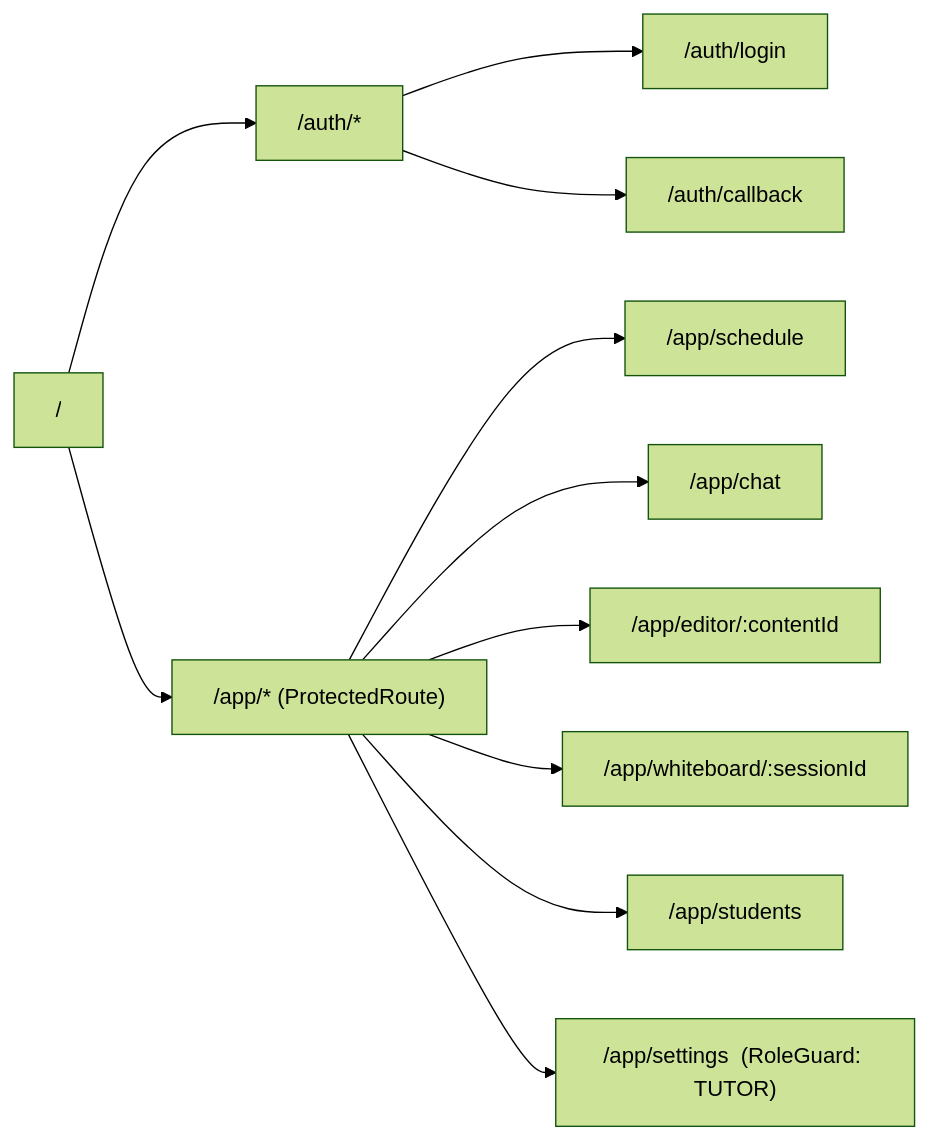
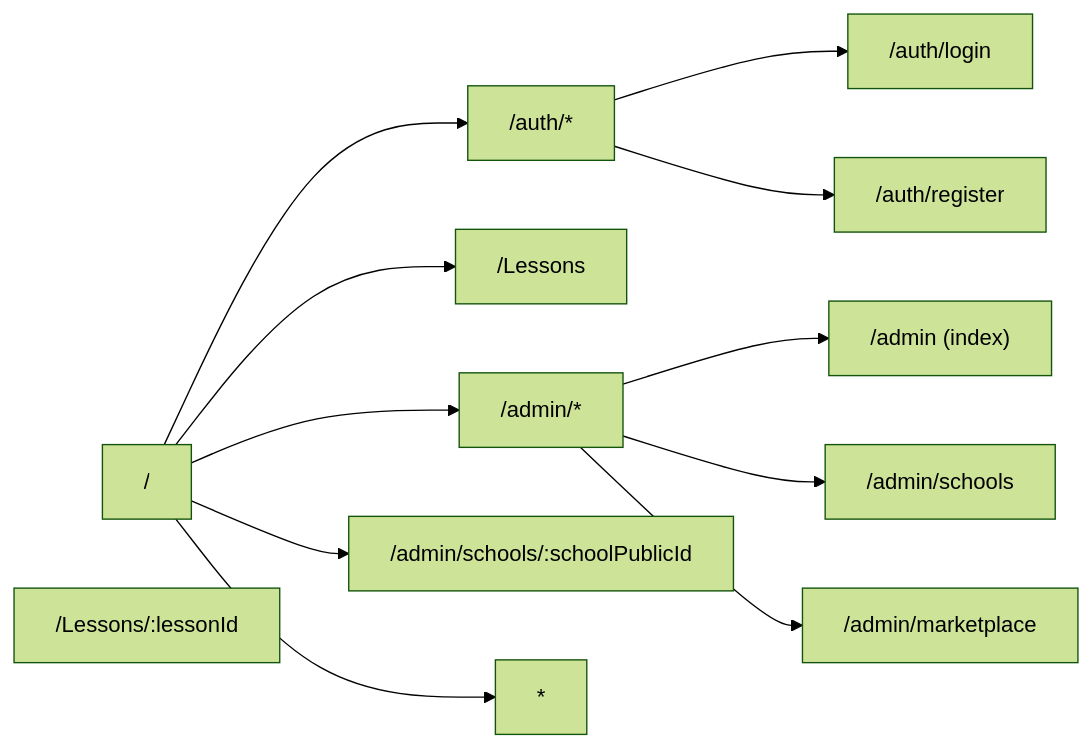
One commit to LearnForgeDev/Frontend changed the sixth of 7 diagrams in ARCHITECTURE.md. Above: the diagram before and after it, drawn with Mermaid (forest theme). The commit also changed other lines of this file and 1 other file, not shown here.

Commit message:
docs: update architecture documentation and tech stack versions

````diff
--- a/ARCHITECTURE.md
+++ b/ARCHITECTURE.md
@@ -434,25 +443,26 @@
 ```mermaid
 graph LR
     Root["/"]
     Auth["/auth/*"]
     Login["/auth/login"]
-    Callback["/auth/callback"]
-    App["/app/*  (ProtectedRoute)"]
-    Schedule["/app/schedule"]
-    Chat["/app/chat"]
-    Editor["/app/editor/:contentId"]
-    Whiteboard["/app/whiteboard/:sessionId"]
-    Students["/app/students"]
-    Settings["/app/settings  (RoleGuard: TUTOR)"]
-
+    Register["/auth/register"]
+    Lessons["/Lessons"]
+    LessonDetail["/Lessons/:lessonId"]
+    Admin["/admin/*"]
+    AdminDashboard["/admin (index)"]
+    AdminSchools["/admin/schools"]
+    AdminMarketplace["/admin/marketplace"]
+    SchoolDetail["/admin/schools/:schoolPublicId"]
+    NotFound["*"]
+ 
     Root --> Auth
-    Root --> App
+    Root --> Lessons
+    Root --> Admin
+    Root --> SchoolDetail
+    Root --> NotFound
     Auth --> Login
-    Auth --> Callback
-    App --> Schedule
-    App --> Chat
-    App --> Editor
-    App --> Whiteboard
-    App --> Students
-    App --> Settings
+    Auth --> Register
+    Admin --> AdminDashboard
+    Admin --> AdminSchools
+    Admin --> AdminMarketplace
 ```
````
